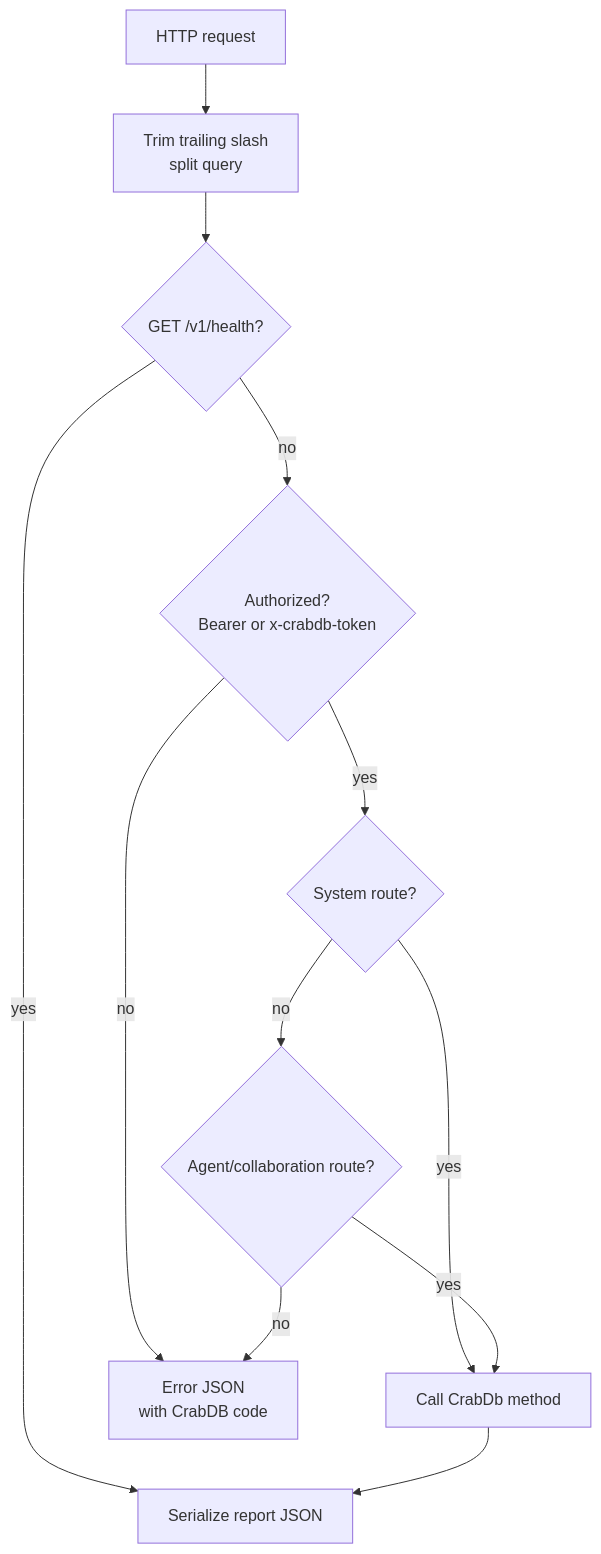
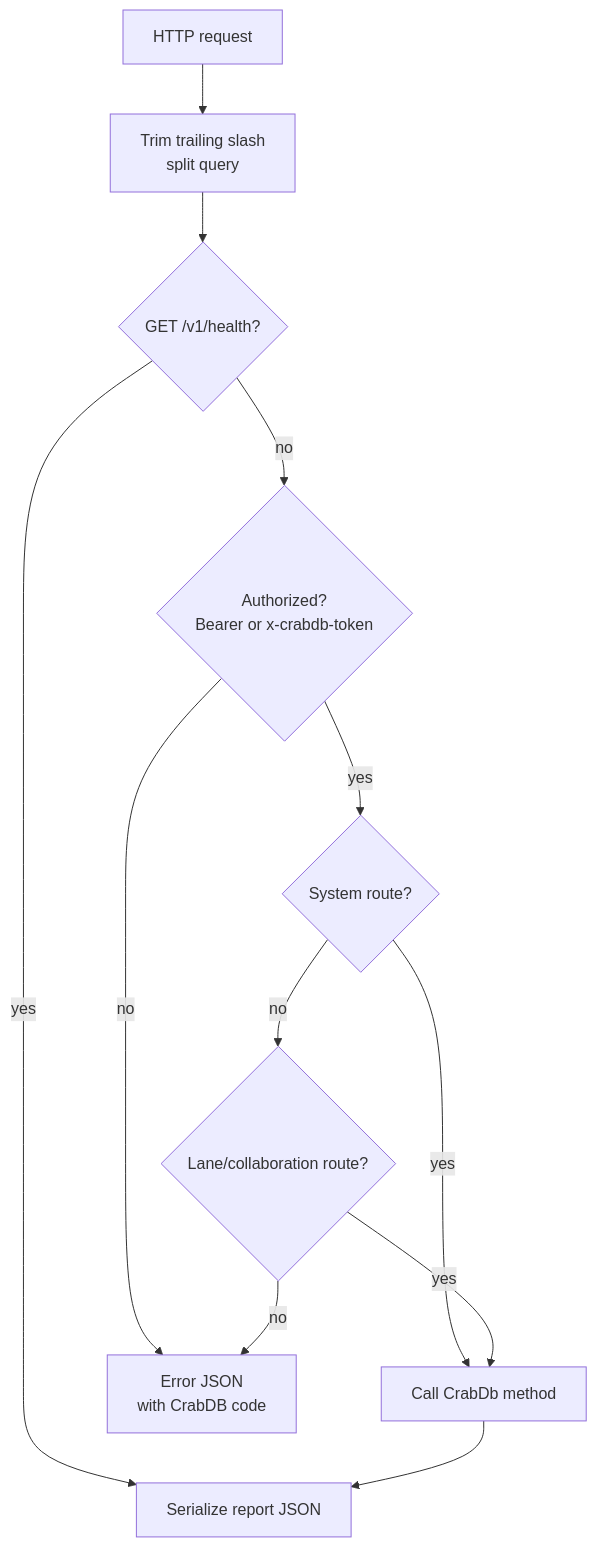
Before and after one commit to crabbuild/trail: the second of 4 diagrams in docs/design/daemon-http-and-mcp.md, drawn with Mermaid. The commit also changed other lines of this file and 298 other files, not shown here.

````diff
--- a/docs/design/daemon-http-and-mcp.md
+++ b/docs/design/daemon-http-and-mcp.md
@@ -114,23 +114,23 @@
 ```mermaid
 flowchart TB
     Request["HTTP request"]
     Normalize["Trim trailing slash<br/>split query"]
     Health{"GET /v1/health?"}
     Auth{"Authorized?<br/>Bearer or x-crabdb-token"}
     System{"System route?"}
-    Agent{"Agent/collaboration route?"}
+    Lane{"Lane/collaboration route?"}
     Core["Call CrabDb method"]
     Json["Serialize report JSON"]
     Error["Error JSON<br/>with CrabDB code"]
 
     Request --> Normalize --> Health
     Health -- "yes" --> Json
     Health -- "no" --> Auth
     Auth -- "no" --> Error
     Auth -- "yes" --> System
     System -- "yes" --> Core
-    System -- "no" --> Agent
-    Agent -- "yes" --> Core
-    Agent -- "no" --> Error
+    System -- "no" --> Lane
+    Lane -- "yes" --> Core
+    Lane -- "no" --> Error
     Core --> Json
 ```
````
